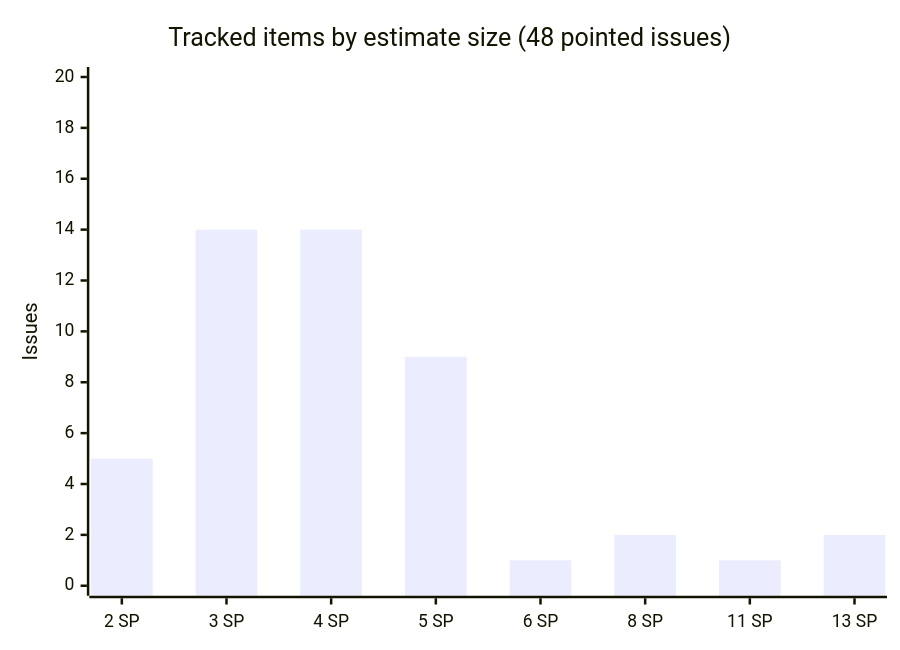
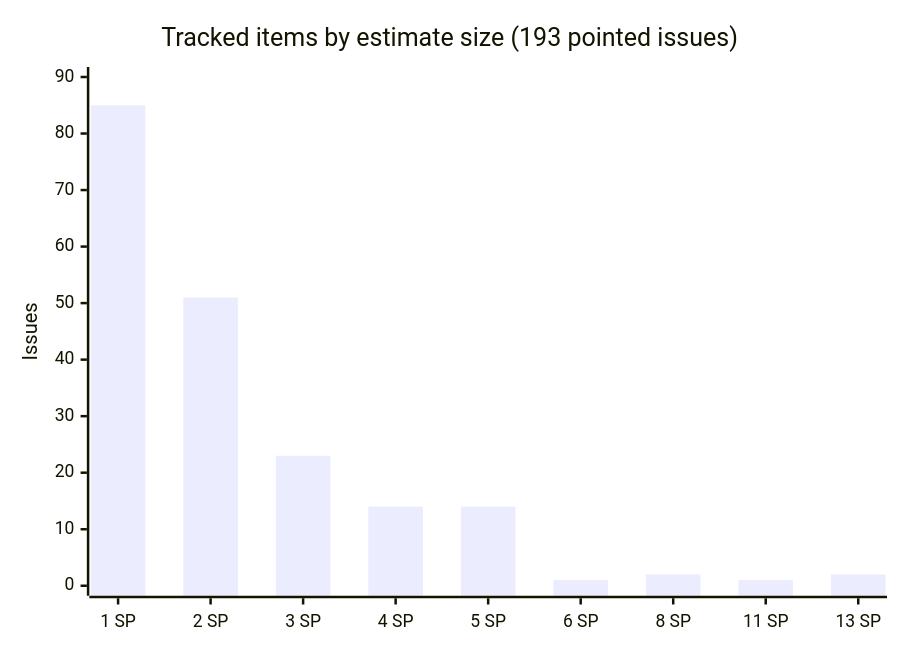
The third of 6 diagrams in docs/sprint3/process/process-documentation-and-insights.md (ZichuanW15/yoir_sample), drawn with Mermaid before and after one commit. The commit also changed other lines of this file, not shown here.

````diff
--- a/docs/sprint3/process/process-documentation-and-insights.md
+++ b/docs/sprint3/process/process-documentation-and-insights.md
@@ -185,7 +181,7 @@
 ```mermaid
 xychart-beta
-    title "Tracked items by estimate size (48 pointed issues)"
-    x-axis ["2 SP", "3 SP", "4 SP", "5 SP", "6 SP", "8 SP", "11 SP", "13 SP"]
-    y-axis "Issues" 0 --> 20
-    bar [5, 14, 14, 9, 1, 2, 1, 2]
+    title "Tracked items by estimate size (193 pointed issues)"
+    x-axis ["1 SP", "2 SP", "3 SP", "4 SP", "5 SP", "6 SP", "8 SP", "11 SP", "13 SP"]
+    y-axis "Issues" 0 --> 90
+    bar [85, 51, 23, 14, 14, 1, 2, 1, 2]
 ```
````
